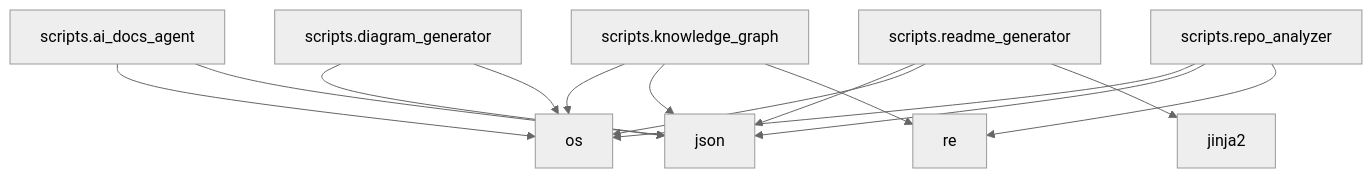
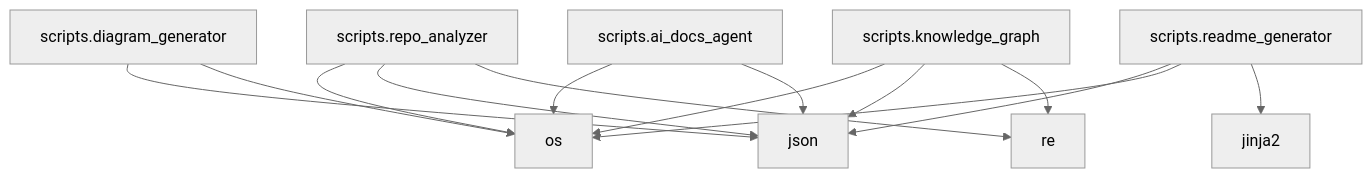
Before and after one commit to NITISH-R-G/FACE-EMOTION-DETECTION: the diagram in README.md, drawn with Mermaid (neutral theme). The commit also changed other lines of this file and 3 other files, not shown here.

Commit message:
docs: auto-update repository documentation and diagrams [skip ci]

````diff
--- a/README.md
+++ b/README.md
@@ -45,30 +45,30 @@
 ```mermaid
 graph TD;
-    scripts_ai_docs_agent["scripts.ai_docs_agent"];
-    click scripts_ai_docs_agent "scripts/ai_docs_agent.py" "View source";
+    scripts_repo_analyzer["scripts.repo_analyzer"];
+    click scripts_repo_analyzer "scripts/repo_analyzer.py" "View source";
     os["os"];
     json["json"];
+    re["re"];
+    scripts_diagram_generator["scripts.diagram_generator"];
+    click scripts_diagram_generator "scripts/diagram_generator.py" "View source";
     scripts_knowledge_graph["scripts.knowledge_graph"];
     click scripts_knowledge_graph "scripts/knowledge_graph.py" "View source";
-    re["re"];
     scripts_readme_generator["scripts.readme_generator"];
     click scripts_readme_generator "scripts/readme_generator.py" "View source";
     jinja2["jinja2"];
-    scripts_diagram_generator["scripts.diagram_generator"];
-    click scripts_diagram_generator "scripts/diagram_generator.py" "View source";
-    scripts_repo_analyzer["scripts.repo_analyzer"];
-    click scripts_repo_analyzer "scripts/repo_analyzer.py" "View source";
-    scripts_ai_docs_agent --> os;
-    scripts_ai_docs_agent --> json;
+    scripts_ai_docs_agent["scripts.ai_docs_agent"];
+    click scripts_ai_docs_agent "scripts/ai_docs_agent.py" "View source";
+    scripts_repo_analyzer --> os;
+    scripts_repo_analyzer --> json;
+    scripts_repo_analyzer --> re;
+    scripts_diagram_generator --> json;
+    scripts_diagram_generator --> os;
     scripts_knowledge_graph --> os;
     scripts_knowledge_graph --> json;
     scripts_knowledge_graph --> re;
     scripts_readme_generator --> json;
     scripts_readme_generator --> os;
     scripts_readme_generator --> jinja2;
-    scripts_diagram_generator --> json;
-    scripts_diagram_generator --> os;
-    scripts_repo_analyzer --> os;
-    scripts_repo_analyzer --> json;
-    scripts_repo_analyzer --> re;
+    scripts_ai_docs_agent --> os;
+    scripts_ai_docs_agent --> json;
 ```
````
